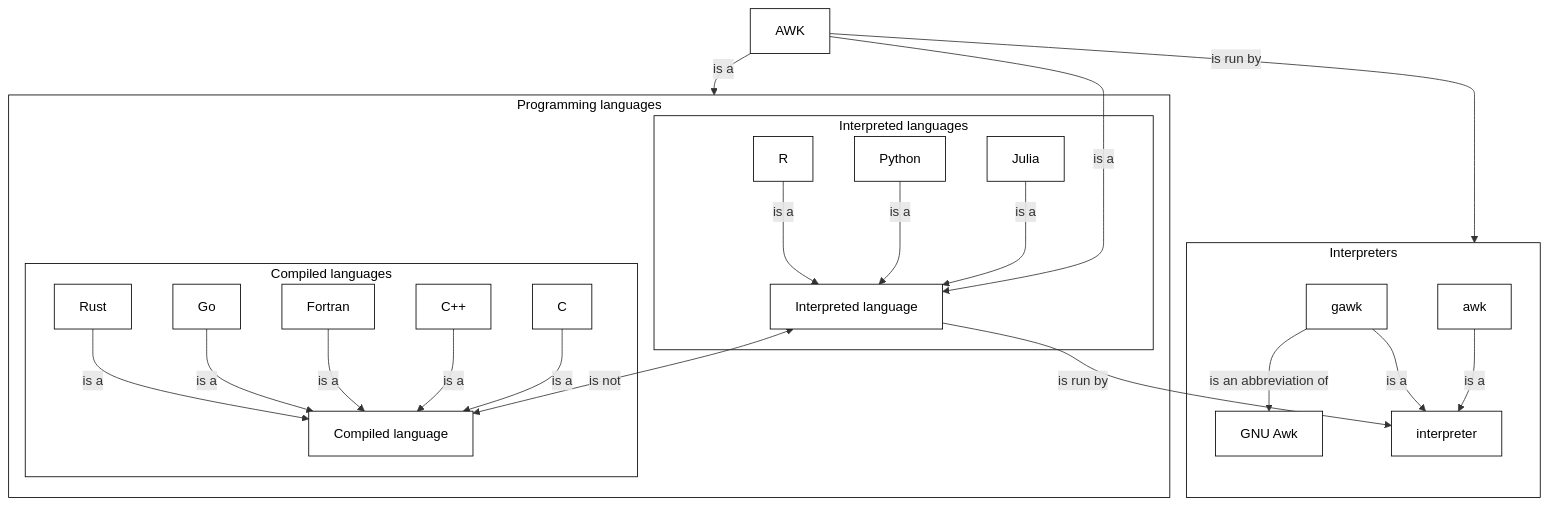
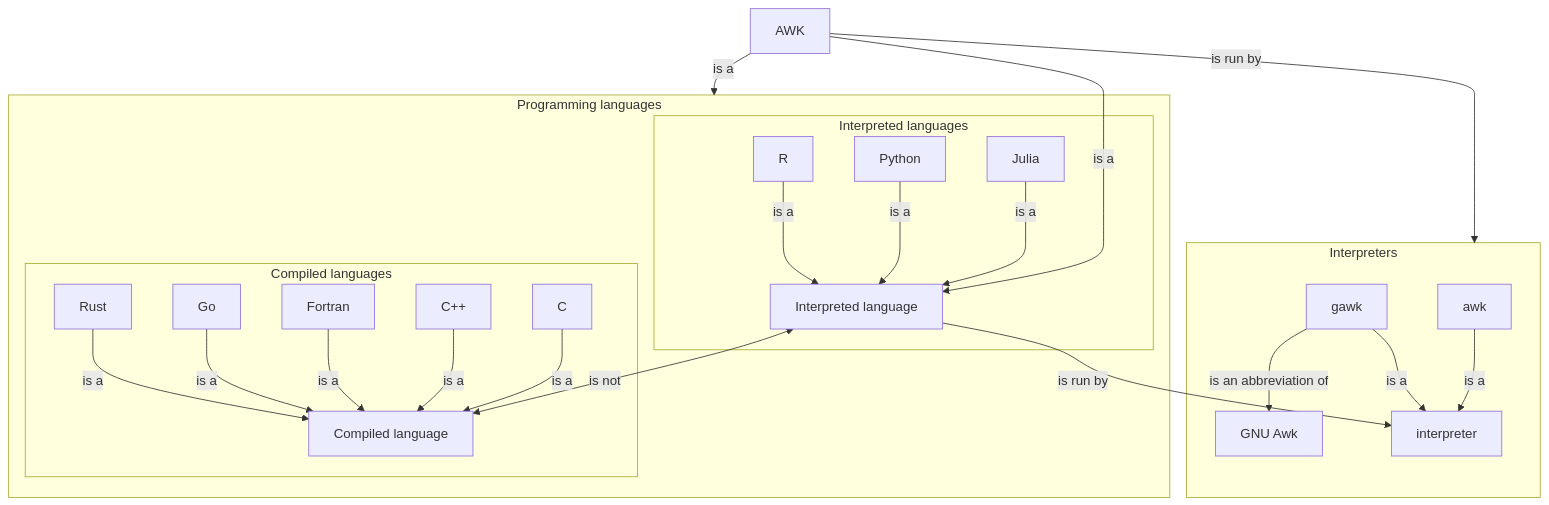
The second of 2 diagrams in docs/morning_session/what_is_awk.md (richelbilderbeek/awk_course), drawn with Mermaid before and after one commit.

Commit message:
Use default UPPMAX style

````diff
--- a/docs/morning_session/what_is_awk.md
+++ b/docs/morning_session/what_is_awk.md
@@ -65,62 +65,62 @@
 ```mermaid
 flowchart TD
 
     %% Give a white background to all nodes, instead of a transparent one
-    classDef node fill:#fff,color:#000,stroke:#000
+    %% classDef node fill:#fff,color:#000,stroke:#000
 
     AWK
 
     subgraph interpreters[Interpreters]
     awk
     gawk
     gnu_awk[GNU Awk]
     interpreter
     end
 
     subgraph programming_languages[Programming languages]
 
       subgraph compiled_languages[Compiled languages]
         compiled_language[Compiled language]
         C
         Cpp[C++]
         Fortran
         Go
         Rust
       end
 
       subgraph interpreted_languages[Interpreted languages]
         interpreted_language[Interpreted language]
         Julia
         Python
         R
       end
     end
 
-    style programming_languages fill:#fff,color:#000,stroke:#000
-    style interpreted_languages fill:#fff,color:#000,stroke:#000
-    style compiled_languages fill:#fff,color:#000,stroke:#000
-    style interpreters fill:#fff,color:#000,stroke:#000
+    %% style programming_languages fill:#fff,color:#000,stroke:#000
+    %% style interpreted_languages fill:#fff,color:#000,stroke:#000
+    %% style compiled_languages fill:#fff,color:#000,stroke:#000
+    %% style interpreters fill:#fff,color:#000,stroke:#000
 
     AWK --> |is a | programming_languages
     AWK --> |is a | interpreted_language
     AWK --> |is run by| interpreters
     interpreted_language --> |is run by| interpreter
     interpreted_language <--> |is not| compiled_language
     awk --> |is a| interpreter
     gawk --> |is a| interpreter    
     gawk --> |is an abbreviation of| gnu_awk
 
     Julia --> |is a| interpreted_language
     Python --> |is a| interpreted_language
     R --> |is a| interpreted_language
 
     C --> |is a| compiled_language
     Cpp --> |is a| compiled_language
     Fortran --> |is a| compiled_language
     Go --> |is a| compiled_language
     Rust --> |is a| compiled_language
 
     AWK ~~~ C
     AWK ~~~ programming_languages
     AWK ~~~ R    
 ```
````
